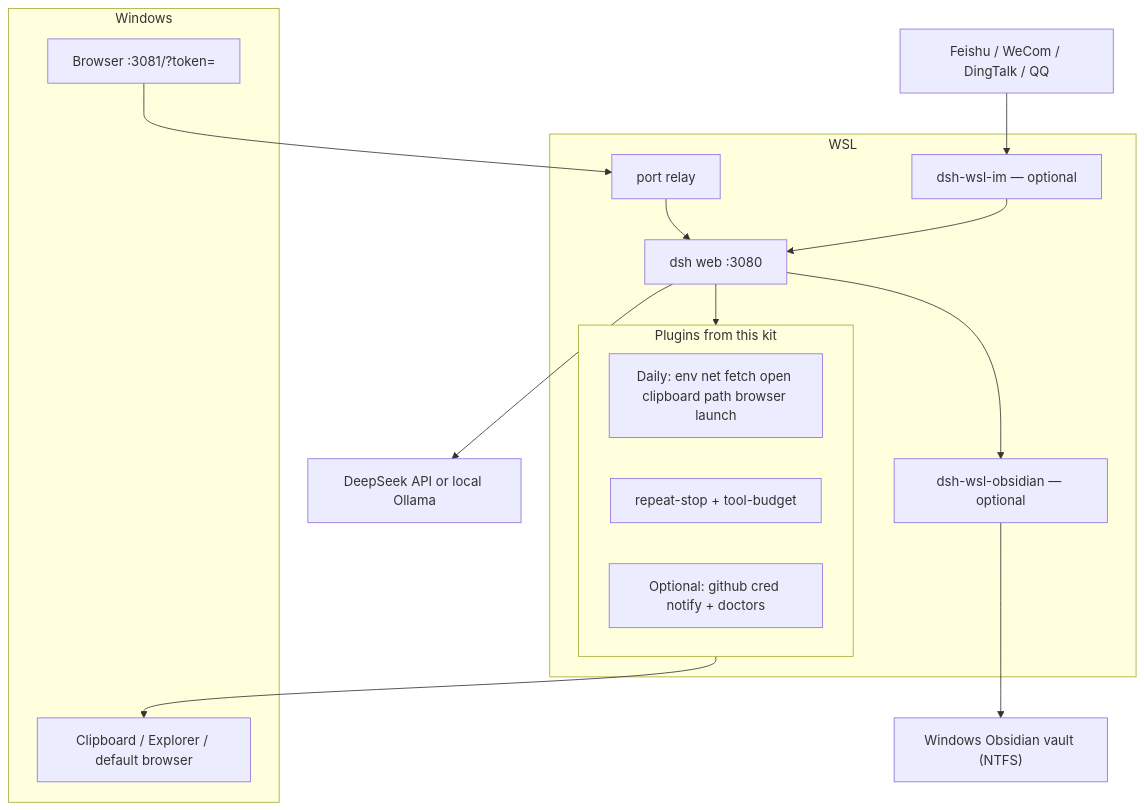
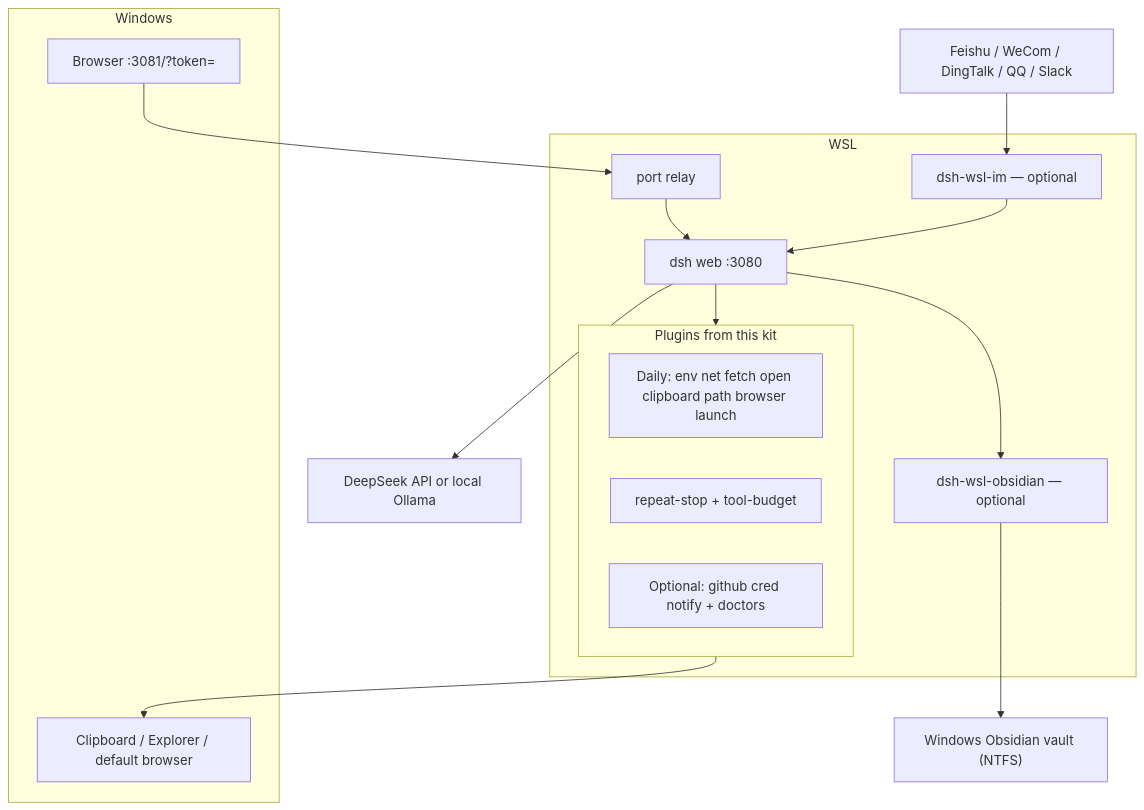
Before and after one commit to 173787247/dsh-wsl-kit: the diagram in README.md, drawn with Mermaid. The commit also changed other lines of this file and 1 other file, not shown here.

First line of the commit message:
docs: note dsh-wsl-im 0.3.0 Slack Socket Mode in the kit.

````diff
--- a/README.md
+++ b/README.md
@@ -15,29 +15,29 @@
 ```mermaid
 flowchart TB
   subgraph win [Windows]
     browser["Browser :3081/?token="]
     host["Clipboard / Explorer / default browser"]
   end
   subgraph wslbox [WSL]
     relay["port relay"]
     dsh["dsh web :3080"]
     subgraph plugins [Plugins from this kit]
       daily["Daily: env net fetch open clipboard path browser launch"]
       guards["repeat-stop + tool-budget"]
       more["Optional: github cred notify + doctors"]
     end
     im["dsh-wsl-im — optional"]
     obsidian["dsh-wsl-obsidian — optional"]
   end
   llm["DeepSeek API or local Ollama"]
-  chats["Feishu / WeCom / DingTalk / QQ"]
+  chats["Feishu / WeCom / DingTalk / QQ / Slack"]
   vault["Windows Obsidian vault (NTFS)"]
 
   browser --> relay --> dsh
   dsh --> plugins
   dsh --> llm
   plugins --> host
   chats --> im --> dsh
   obsidian --> vault
   dsh --> obsidian
 ```
````
